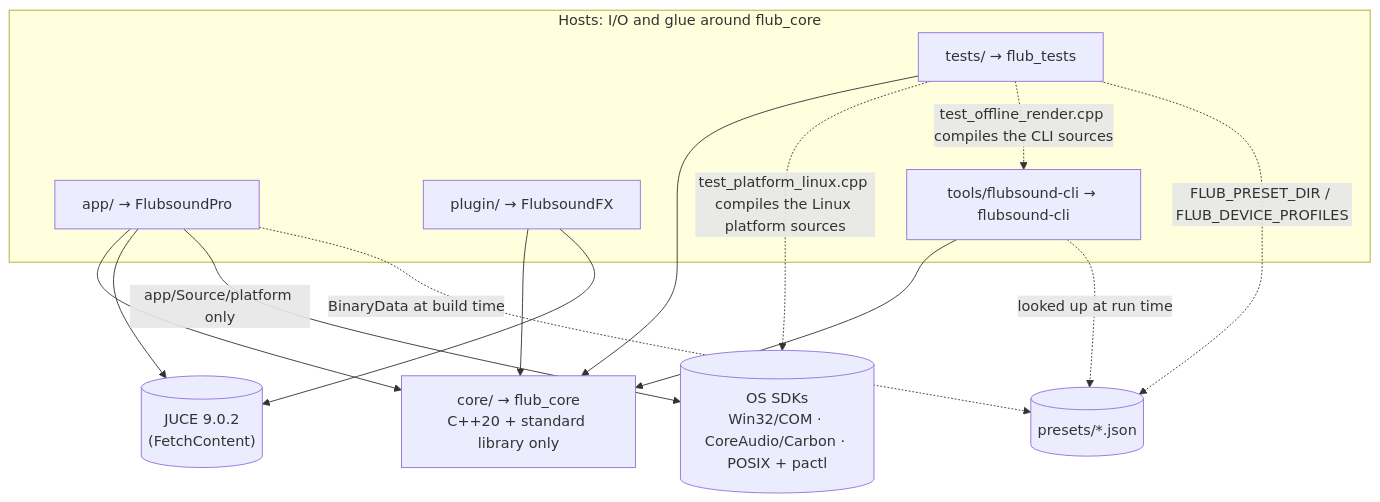
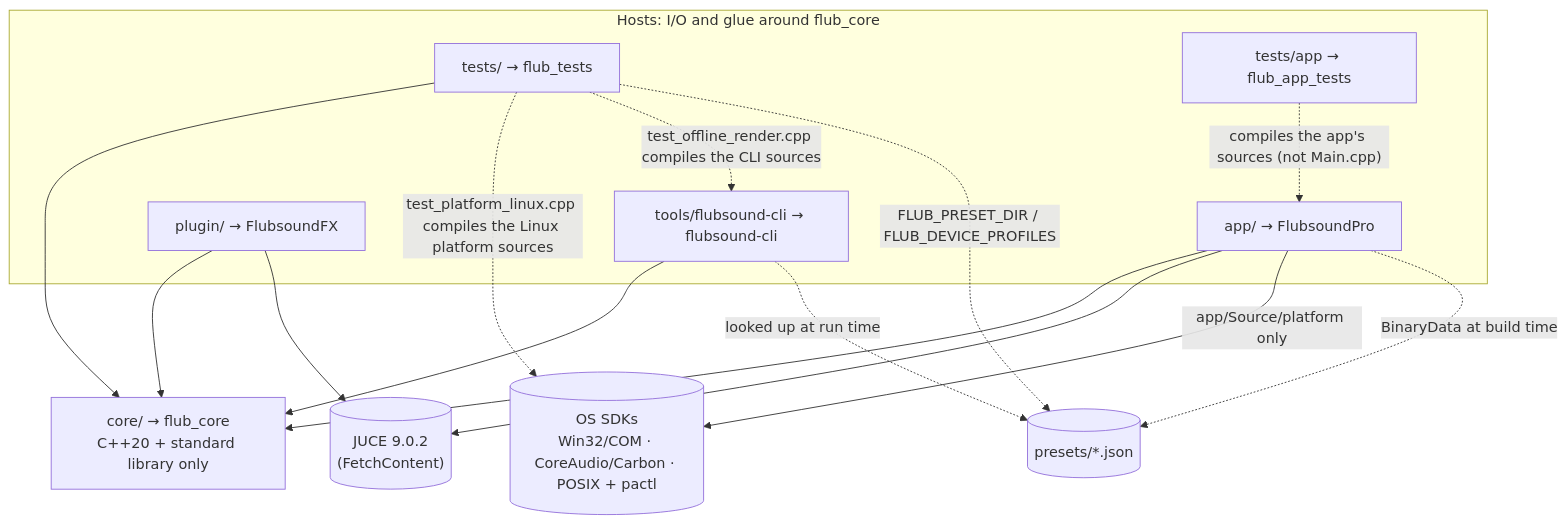
One commit to flubydooby-creator/Flubsound changed the diagram in docs/04-project-structure.md. Above: the diagram before and after it, drawn with Mermaid. The commit also changed other lines of this file and 16 other files, not shown here.

````diff
--- a/docs/04-project-structure.md
+++ b/docs/04-project-structure.md
@@ -324,26 +333,28 @@
 ```mermaid
 flowchart TB
     subgraph Hosts["Hosts: I/O and glue around flub_core"]
         APP["app/ → FlubsoundPro"]
         PLG["plugin/ → FlubsoundFX"]
         CLI["tools/flubsound-cli → flubsound-cli"]
         TST["tests/ → flub_tests"]
+        TAPP["tests/app → flub_app_tests"]
     end
     CORE["core/ → flub_core<br/>C++20 + standard library only"]
     JUCE[("JUCE 9.0.2<br/>(FetchContent)")]
     OSSDK[("OS SDKs<br/>Win32/COM · CoreAudio/Carbon · POSIX + pactl")]
     DATA[("presets/*.json")]
 
     APP --> CORE
     PLG --> CORE
     CLI --> CORE
     TST --> CORE
     APP --> JUCE
     PLG --> JUCE
     APP -->|"app/Source/platform only"| OSSDK
     TST -.->|"test_platform_linux.cpp compiles the Linux platform sources"| OSSDK
     TST -.->|"test_offline_render.cpp compiles the CLI sources"| CLI
+    TAPP -.->|"compiles the app's sources (not Main.cpp)"| APP
     APP -.->|"BinaryData at build time"| DATA
     CLI -.->|"looked up at run time"| DATA
     TST -.->|"FLUB_PRESET_DIR / FLUB_DEVICE_PROFILES"| DATA
 ```
````
